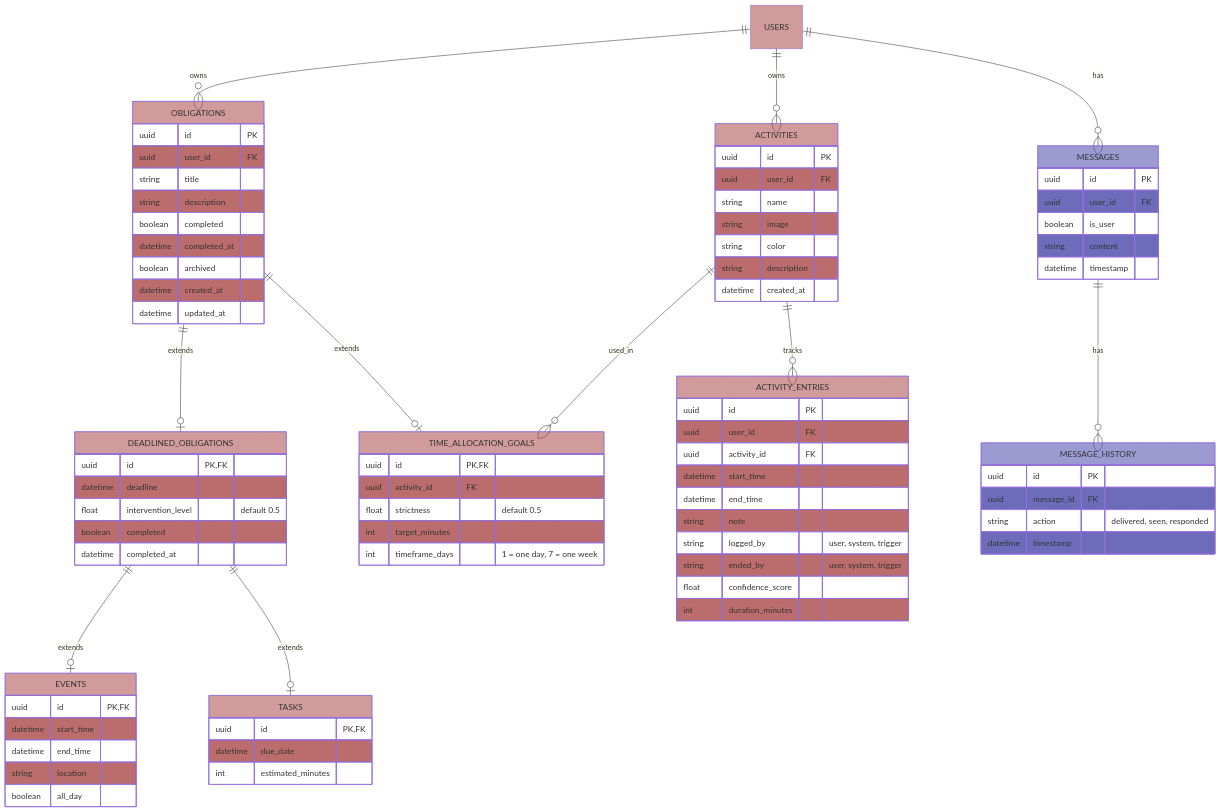
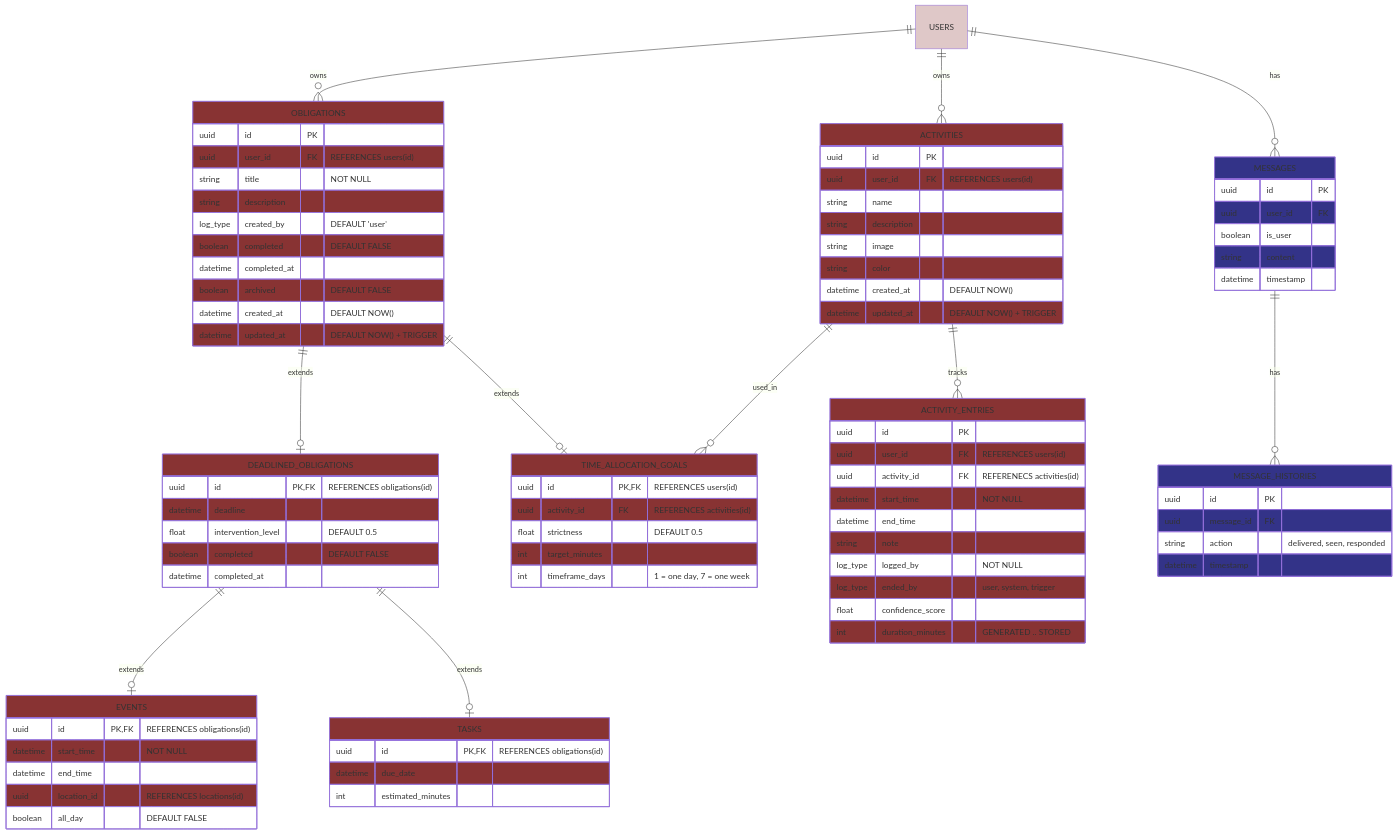
One commit to hadiahmad06/jiko changed the second of 4 diagrams in backend/docs/erdiagram.md. Above: the diagram before and after it, drawn with Mermaid. The commit also changed other lines of this file and 3 other files, not shown here.

Commit message:
backend: docs: updated er diagrama and routes diagram, will reflect

````diff
--- a/backend/docs/erdiagram.md
+++ b/backend/docs/erdiagram.md
@@ -29,49 +31,50 @@
 erDiagram
     USERS:::postgres
 
-    OBLIGATIONS:::postgres {
+    OBLIGATIONS:::postgres_ {
         uuid id PK
-        uuid user_id FK
-        string title
+        uuid user_id FK "REFERENCES users(id)"
+        string title "NOT NULL"
         string description
-        boolean completed
+        log_type created_by "DEFAULT 'user'"
+        boolean completed "DEFAULT FALSE"
         datetime completed_at
-        boolean archived
-        datetime created_at
-        datetime updated_at
+        boolean archived "DEFAULT FALSE"
+        datetime created_at "DEFAULT NOW()"
+        datetime updated_at "DEFAULT NOW() + TRIGGER"
     }
 
-    DEADLINED_OBLIGATIONS:::postgres {
-        uuid id PK, FK
+    DEADLINED_OBLIGATIONS:::postgres_ {
+        uuid id PK, FK "REFERENCES obligations(id)"
         datetime deadline
-        float intervention_level "default 0.5"
-        boolean completed
+        float intervention_level "DEFAULT 0.5"
+        boolean completed "DEFAULT FALSE"
         datetime completed_at
     }
 
-    EVENTS:::postgres {
-        uuid id PK, FK
-        datetime start_time
+    EVENTS:::postgres_ {
+        uuid id PK, FK "REFERENCES obligations(id)"
+        datetime start_time "NOT NULL"
         datetime end_time
-        string location
-        boolean all_day
+        uuid location_id "REFERENCES locations(id)"
+        boolean all_day "DEFAULT FALSE"
     }
 
-    TASKS:::postgres {
-        uuid id PK, FK
+    TASKS:::postgres_ {
+        uuid id PK, FK "REFERENCES obligations(id)"
         datetime due_date
         int estimated_minutes
     }
 
-    TIME_ALLOCATION_GOALS:::postgres {
-        uuid id PK, FK
-        uuid activity_id FK
-        float strictness "default 0.5"
+    TIME_ALLOCATION_GOALS:::postgres_ {
+        uuid id PK, FK "REFERENCES users(id)"
+        uuid activity_id FK "REFERENCES activities(id)"
+        float strictness "DEFAULT 0.5"
         int target_minutes
         int timeframe_days "1 = one day, 7 = one week"
     }
 
-    MESSAGES:::dynamodb {
+    MESSAGES:::dynamodb_ {
         uuid id PK
         uuid user_id FK
         boolean is_user
@@ -79,34 +82,35 @@
         datetime timestamp
     }
 
-    MESSAGE_HISTORY:::dynamodb {
+    MESSAGE_HISTORIES:::dynamodb_ {
         uuid id PK
         uuid message_id FK
         string action "delivered, seen, responded"
         datetime timestamp
     }
 
-    ACTIVITIES:::postgres {
+    ACTIVITIES:::postgres_ {
         uuid id PK
-        uuid user_id FK
+        uuid user_id FK "REFERENCES users(id)"
         string name
+        string description
         string image
         string color
-        string description
-        datetime created_at
+        datetime created_at "DEFAULT NOW()"
+        datetime updated_at "DEFAULT NOW() + TRIGGER"
     }
 
-    ACTIVITY_ENTRIES:::postgres {
+    ACTIVITY_ENTRIES:::postgres_ {
         uuid id PK
-        uuid user_id FK
-        uuid activity_id FK
-        datetime start_time
+        uuid user_id FK "REFERENCES users(id)"
+        uuid activity_id FK "REFERENECS activities(id)"
+        datetime start_time "NOT NULL"
         datetime end_time
         string note
-        string logged_by "user, system, trigger"
-        string ended_by "user, system, trigger"
+        log_type logged_by "NOT NULL"
+        log_type ended_by "user, system, trigger"
         float confidence_score
-        int duration_minutes
+        int duration_minutes "GENERATED .. STORED"
     }
 
     USERS ||--o{ OBLIGATIONS : "owns"
@@ -121,8 +125,10 @@
     %%MESSAGES ||--o| NOTIFICATIONS : "extends"
     %%NOTIFICATIONS ||--o| RECURRING_NOTIFICATIONS : "extends"
     %%NOTIFICATIONS }o--|| NOTIFICATION_TYPES : "used_by"
-    MESSAGES ||--o{ MESSAGE_HISTORY : "has"
+    MESSAGES ||--o{ MESSAGE_HISTORIES : "has"
     
-    classDef postgres fill:#a448
-    classDef dynamodb fill:#44a8
+    classDef postgres fill:#8334
+    classDef dynamodb fill:#3384
+    classDef postgres_ fill:#833
+    classDef dynamodb_ fill:#338
 ```
````
